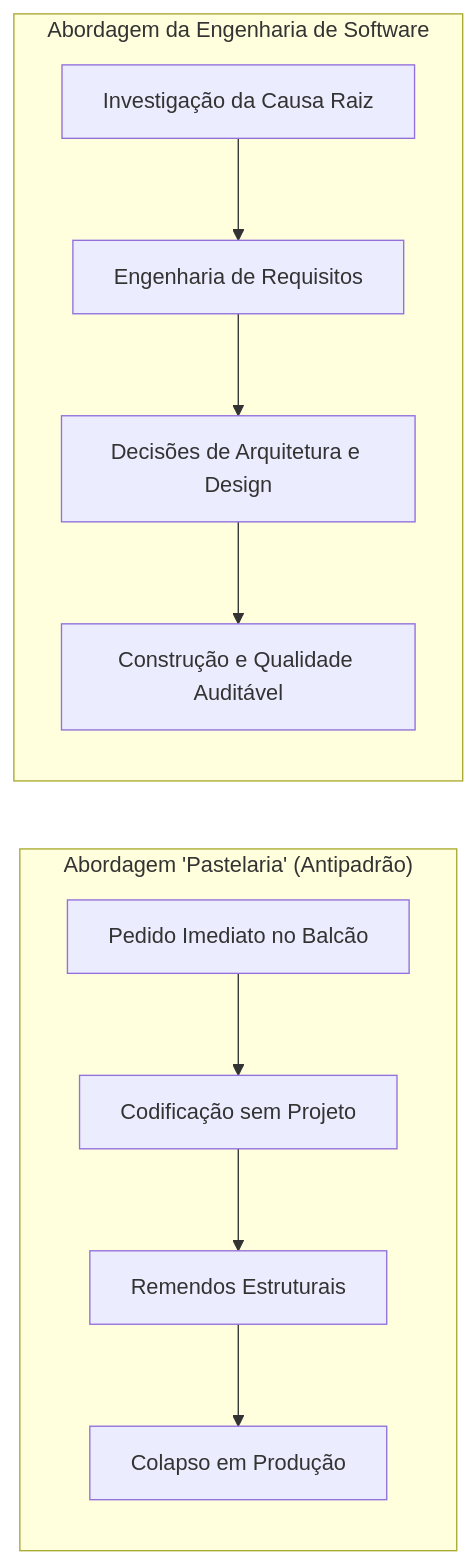
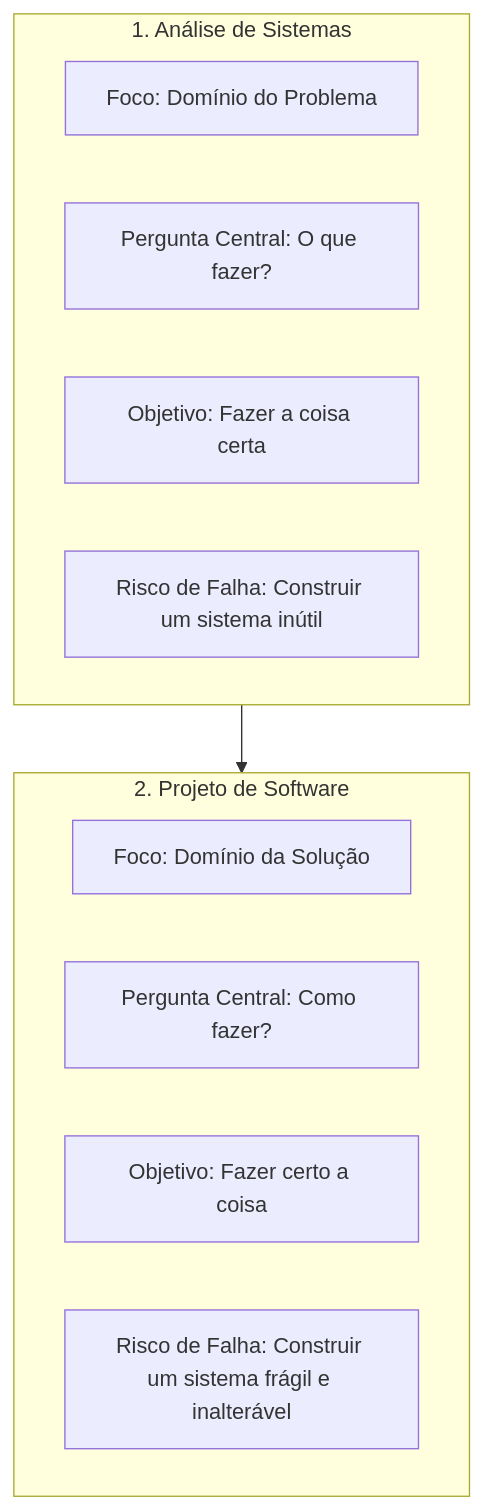
One commit to murilolol/unifef changed the second of 32 diagrams in 4º Semestre/[Prof. Wesley Soares] Engenharia de Software II/Resumos-IA/Simulados-Comentados.md. Above: the diagram before and after it, drawn with Mermaid. The commit also changed other lines of this file and 18 other files, not shown here.

````diff
--- a/4º Semestre/[Prof. Wesley Soares] Engenharia de Software II/Resumos-IA/Simulados-Comentados.md
+++ b/4º Semestre/[Prof. Wesley Soares] Engenharia de Software II/Resumos-IA/Simulados-Comentados.md
@@ -188,16 +197,18 @@
 ```mermaid
-flowchart LR
-    subgraph AbordagemPastelaria["Abordagem 'Pastelaria' (Antipadrão)"]
-        direction TB
-        P1["Pedido Imediato no Balcão"] --> P2["Codificação sem Projeto"]
-        P2 --> P3["Remendos Estruturais"]
-        P3 --> P4["Colapso em Produção"]
-    end
+flowchart TD
+ subgraph Analise["1. Análise de Sistemas"]
+ A1["Foco: Domínio do Problema"]
+ A2["Pergunta Central: O que fazer?"]
+ A3["Objetivo: Fazer a coisa certa"]
+ A4["Risco de Falha: Construir um sistema inútil"]
+ end
 
-    subgraph AbordagemEngenharia["Abordagem da Engenharia de Software"]
-        direction TB
-        E1["Investigação da Causa Raiz"] --> E2["Engenharia de Requisitos"]
-        E2 --> E3["Decisões de Arquitetura e Design"]
-        E3 --> E4["Construção e Qualidade Auditável"]
-    end
+ subgraph Projeto["2. Projeto de Software"]
+ P1["Foco: Domínio da Solução"]
+ P2["Pergunta Central: Como fazer?"]
+ P3["Objetivo: Fazer certo a coisa"]
+ P4["Risco de Falha: Construir um sistema frágil e inalterável"]
+ end
+
+ Analise --> Projeto
 ```
````
